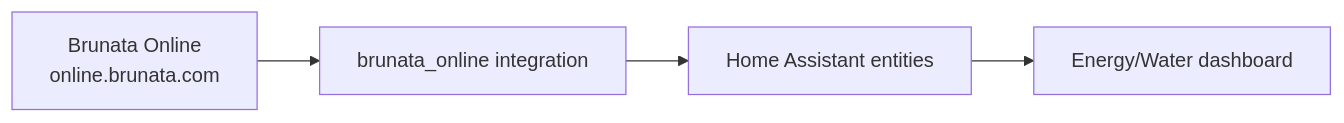
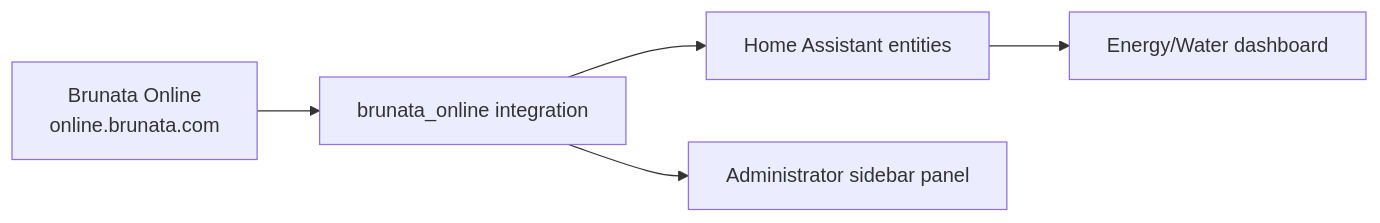
One commit to patricklind/brunata-to-home-assistant changed the first of 4 diagrams in README.md. Above: the diagram before and after it, drawn with Mermaid. The commit also changed other lines of this file and 13 other files, not shown here.

````diff
--- a/README.md
+++ b/README.md
@@ -36,6 +39,7 @@
 ```mermaid
 flowchart LR
     B["Brunata Online<br/>online.brunata.com"] --> I["brunata_online integration"]
     I --> HA["Home Assistant entities"]
+    I --> P["Administrator sidebar panel"]
     HA --> E["Energy/Water dashboard"]
 ```
````
